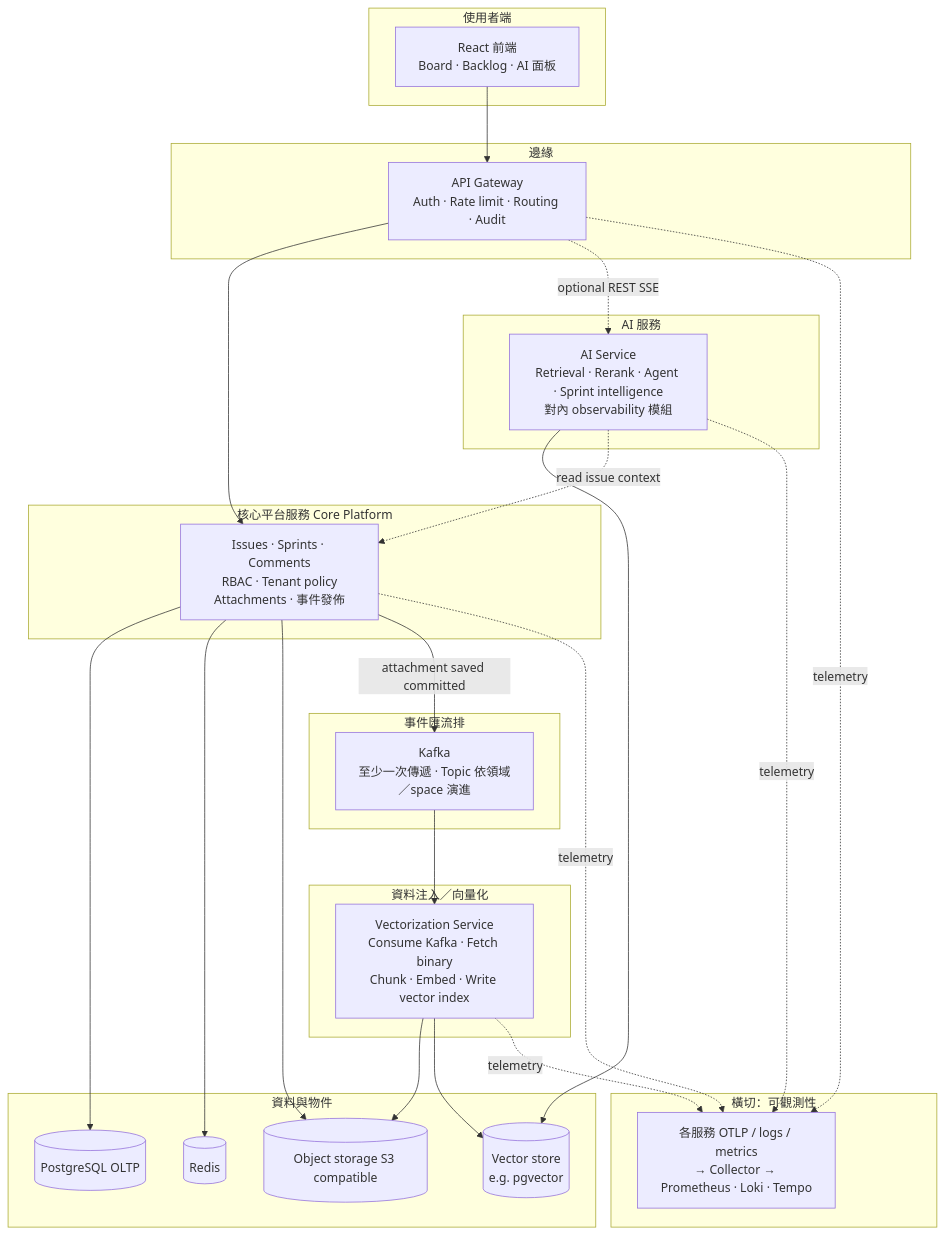
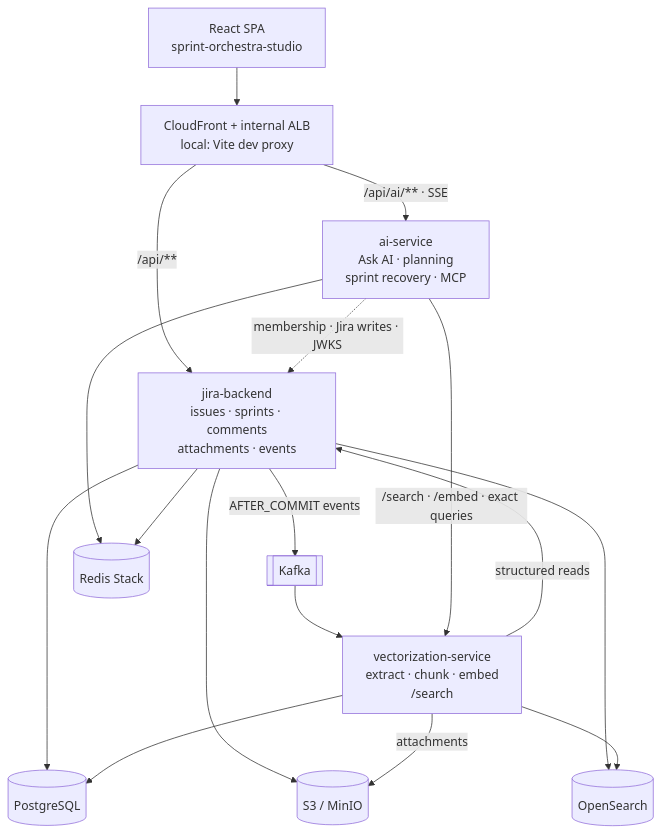
Before and after one commit to LeonQC/sprint-orchestra-core: the first of 2 diagrams in docs/ARCHITECTURE.md, drawn with Mermaid. The commit also changed other lines of this file and 7 other files, not shown here.

Commit message:
docs: README, architecture, API and schema

````diff
--- a/docs/ARCHITECTURE.md
+++ b/docs/ARCHITECTURE.md
@@ -41,58 +8,19 @@
 ```mermaid
 flowchart TB
-  subgraph client [使用者端]
-    FE[React 前端<br/>Board · Backlog · AI 面板]
-  end
-
-  subgraph edge [邊緣]
-    GW[API Gateway<br/>Auth · Rate limit · Routing · Audit]
-  end
-
-  subgraph core [核心平台服務 Core Platform]
-    CP[Issues · Sprints · Comments<br/>RBAC · Tenant policy<br/>Attachments · 事件發佈]
-  end
-
-  subgraph bus [事件匯流排]
-    K[Kafka<br/>至少一次傳遞 · Topic 依領域／space 演進]
-  end
-
-  subgraph rag [資料注入／向量化]
-    VS[Vectorization Service<br/>Consume Kafka · Fetch binary<br/>Chunk · Embed · Write vector index]
-  end
-
-  subgraph ai [AI 服務]
-    AI[AI Service<br/>Retrieval · Rerank · Agent · Sprint intelligence<br/>對內 observability 模組]
-  end
-
-  subgraph data [資料與物件]
-    PG[(PostgreSQL OLTP)]
-    RD[(Redis)]
-    OBJ[(Object storage S3 compatible)]
-    VDB[(Vector store<br/>e.g. pgvector)]
-  end
-
-  subgraph o11y [橫切：可觀測性]
-    OTL[各服務 OTLP / logs / metrics<br/>→ Collector → Prometheus · Loki · Tempo]
-  end
-
-  FE --> GW
-  GW --> CP
-  GW -. optional REST SSE .-> AI
-
-  CP --> PG
-  CP --> RD
-  CP --> OBJ
-  CP -->|attachment saved committed| K
-
-  K --> VS
-  VS --> OBJ
-  VS --> VDB
-
-  AI --> VDB
-  AI -. read issue context .-> CP
-
-  CP -. telemetry .-> OTL
-  GW -. telemetry .-> OTL
-  VS -. telemetry .-> OTL
-  AI -. telemetry .-> OTL
+  FE[React SPA<br/>sprint-orchestra-studio] --> EDGE[CloudFront + internal ALB<br/>local: Vite dev proxy]
+  EDGE -->|/api/**| CORE[jira-backend<br/>issues · sprints · comments<br/>attachments · events]
+  EDGE -->|/api/ai/** · SSE| AI[ai-service<br/>Ask AI · planning<br/>sprint recovery · MCP]
+  CORE -->|AFTER_COMMIT events| K[[Kafka]]
+  K --> VS[vectorization-service<br/>extract · chunk · embed<br/>/search]
+  AI -->|/search · /embed · exact queries| VS
+  AI -.->|membership · Jira writes · JWKS| CORE
+  VS -->|structured reads| CORE
+  CORE --> PG[(PostgreSQL)]
+  VS --> PG
+  CORE --> OBJ[(S3 / MinIO)]
+  VS -->|attachments| OBJ
+  CORE --> OS[(OpenSearch)]
+  VS --> OS
+  AI --> RD[(Redis Stack)]
+  CORE --> RD
 ```
````
